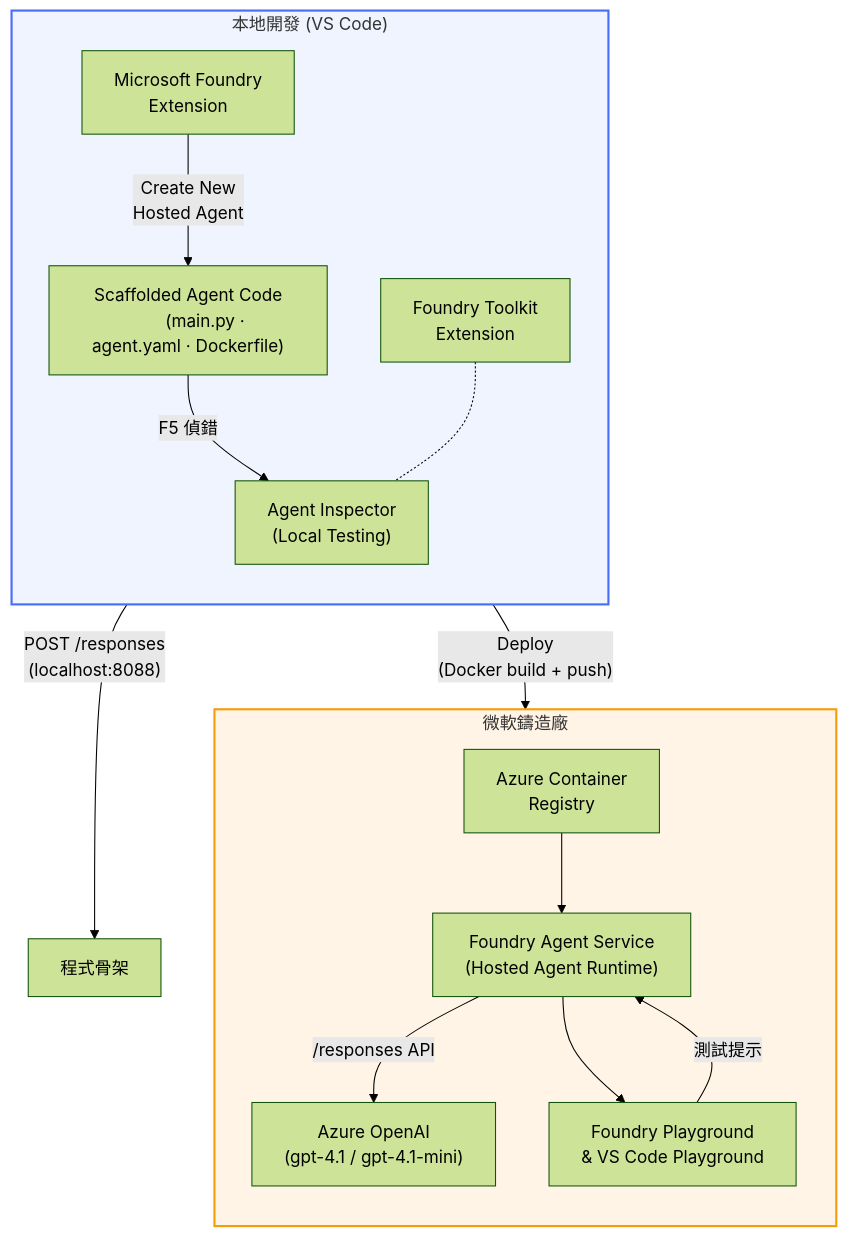
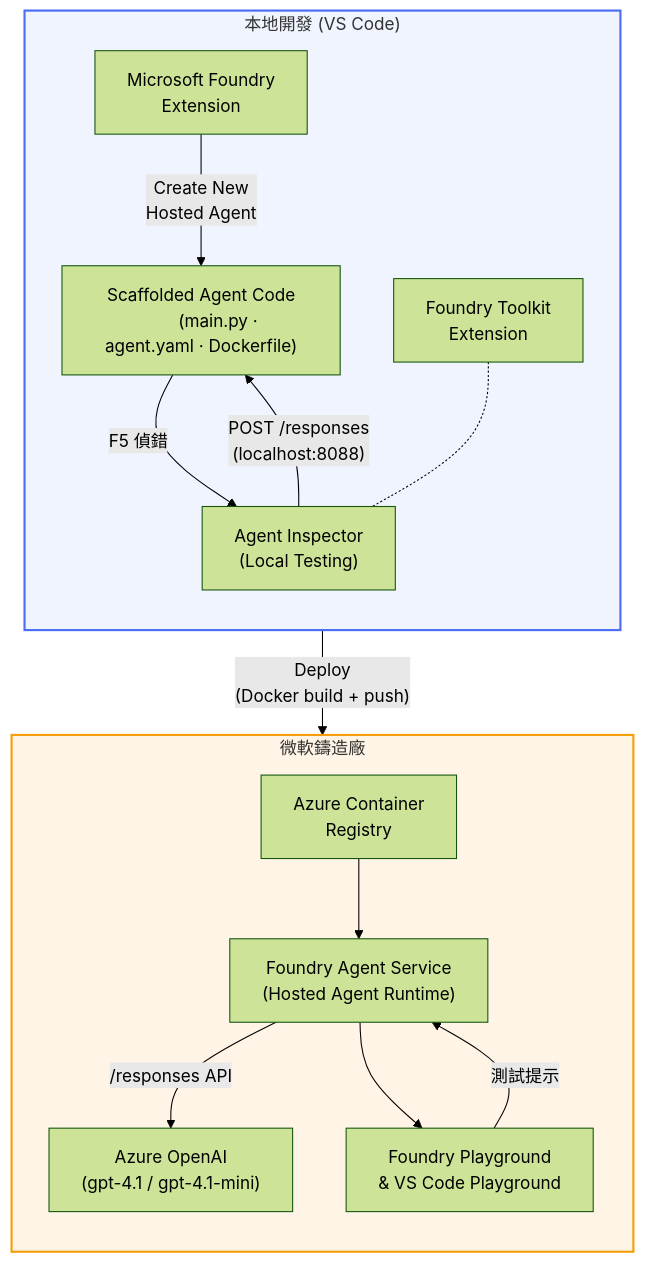
One commit to microsoft-foundry/Foundry_Toolkit_for_VSCode_Lab changed the diagram in translations/zh-MO/README.md. Above: the diagram before and after it, drawn with Mermaid (forest theme). The commit also changed other lines of this file and 150 other files, not shown here.

````diff
--- a/translations/zh-MO/README.md
+++ b/translations/zh-MO/README.md
@@ -52,42 +52,42 @@
 ```mermaid
 flowchart TB
     subgraph Local["本地開發 (VS Code)"]
         direction TB
         FE["Microsoft Foundry
         Extension"]
         FoundryToolkit["Foundry Toolkit
         Extension"]
         Scaffold["Scaffolded Agent Code
         (main.py · agent.yaml · Dockerfile)"]
         Inspector["Agent Inspector
         (Local Testing)"]
         FE -- "Create New
         Hosted Agent" --> Scaffold
         Scaffold -- "F5 偵錯" --> Inspector
         FoundryToolkit -.- Inspector
     end
 
     subgraph Cloud["微軟鑄造廠"]
         direction TB
         ACR["Azure Container
         Registry"]
         AgentService["Foundry Agent Service
         (Hosted Agent Runtime)"]
         Model["Azure OpenAI
         (gpt-4.1 / gpt-4.1-mini)"]
         Playground["Foundry Playground
         & VS Code Playground"]
         ACR --> AgentService
         AgentService -- "/responses API" --> Model
         AgentService --> Playground
     end
 
     Scaffold -- "Deploy
     (Docker build + push)" --> ACR
     Inspector -- "POST /responses
-    (localhost:8088)" --> 程式骨架
+    (localhost:8088)" --> Scaffold
     Playground -- "測試提示" --> AgentService
 
     style Local fill:#f0f4ff,stroke:#4a6cf7,stroke-width:2px
     style Cloud fill:#fff4e6,stroke:#f59e0b,stroke-width:2px
 ```
````
